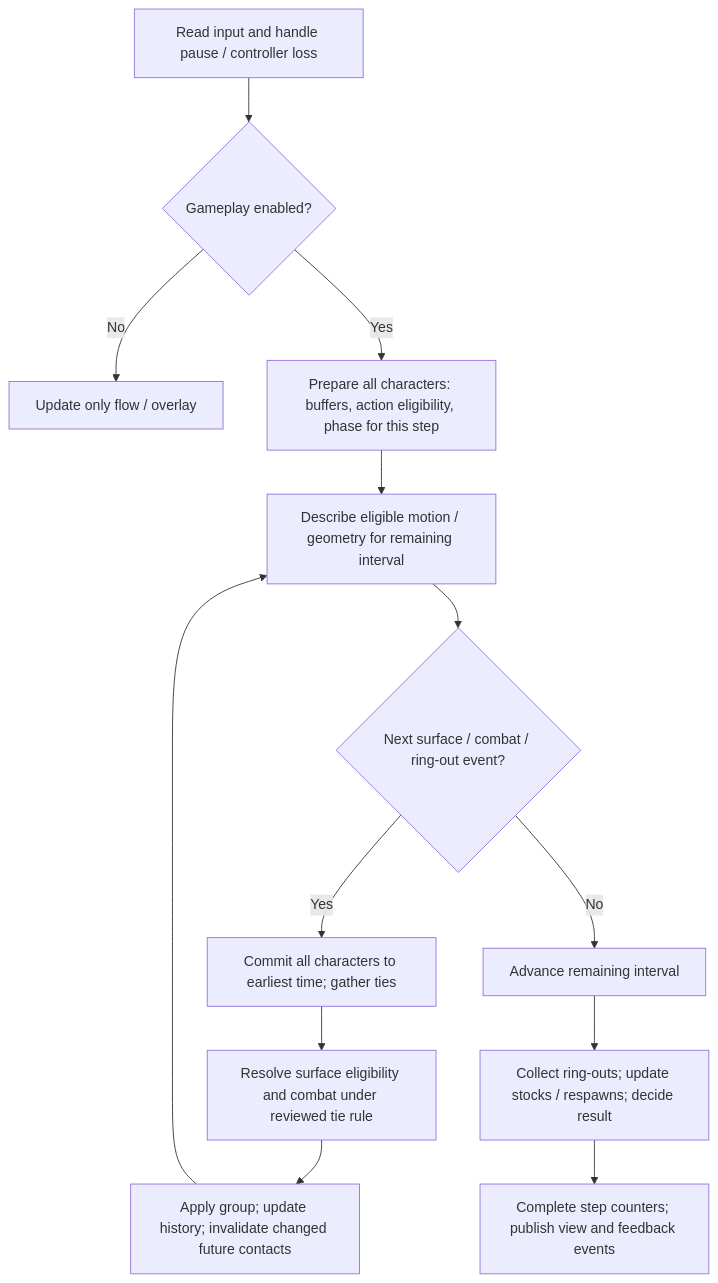
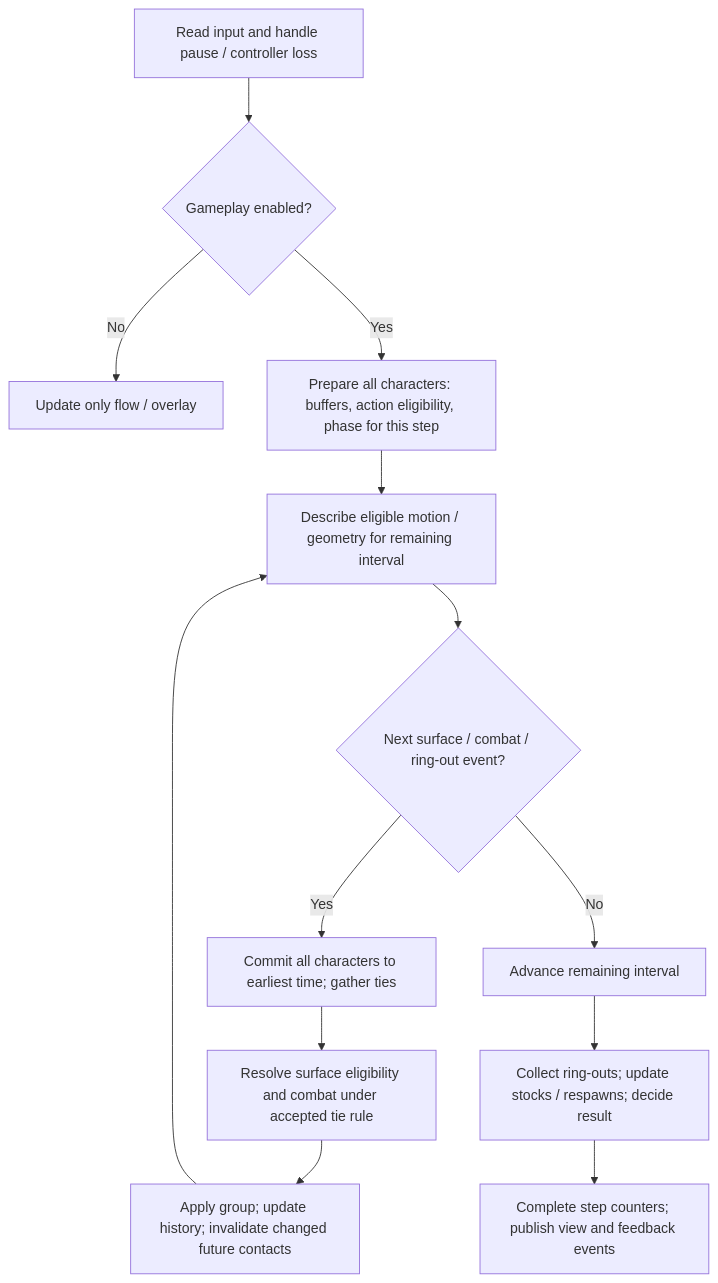
Before and after one commit to Fusion2k/smash-fight: the diagram in docs/architecture/module-interfaces.md, drawn with Mermaid. The commit also changed other lines of this file and 6 other files, not shown here.

Commit message:
docs: accept confirmed chronological architecture for #8

````diff
--- a/docs/architecture/module-interfaces.md
+++ b/docs/architecture/module-interfaces.md
@@ -37,15 +37,15 @@
 ```mermaid
 flowchart TB
     Input["Read input and handle pause / controller loss"] --> Gate{"Gameplay enabled?"}
     Gate -->|No| UI["Update only flow / overlay"]
     Gate -->|Yes| Prepare["Prepare all characters: buffers, action eligibility, phase for this step"]
     Prepare --> Motion["Describe eligible motion / geometry for remaining interval"]
     Motion --> Contact{"Next surface / combat / ring-out event?"}
     Contact -->|Yes| Advance["Commit all characters to earliest time; gather ties"]
-    Advance --> Resolve["Resolve surface eligibility and combat under reviewed tie rule"]
+    Advance --> Resolve["Resolve surface eligibility and combat under accepted tie rule"]
     Resolve --> Apply["Apply group; update history; invalidate changed future contacts"]
     Apply --> Motion
     Contact -->|No| Finish["Advance remaining interval"]
     Finish --> Stocks["Collect ring-outs; update stocks / respawns; decide result"]
     Stocks --> End["Complete step counters; publish view and feedback events"]
 ```
````
